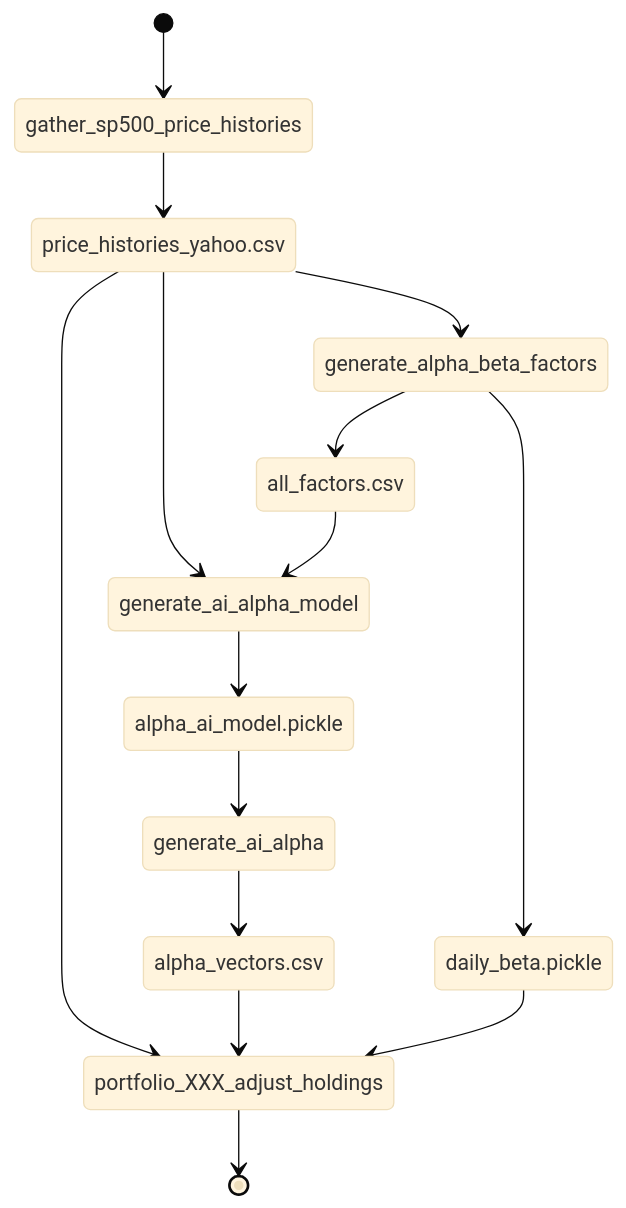
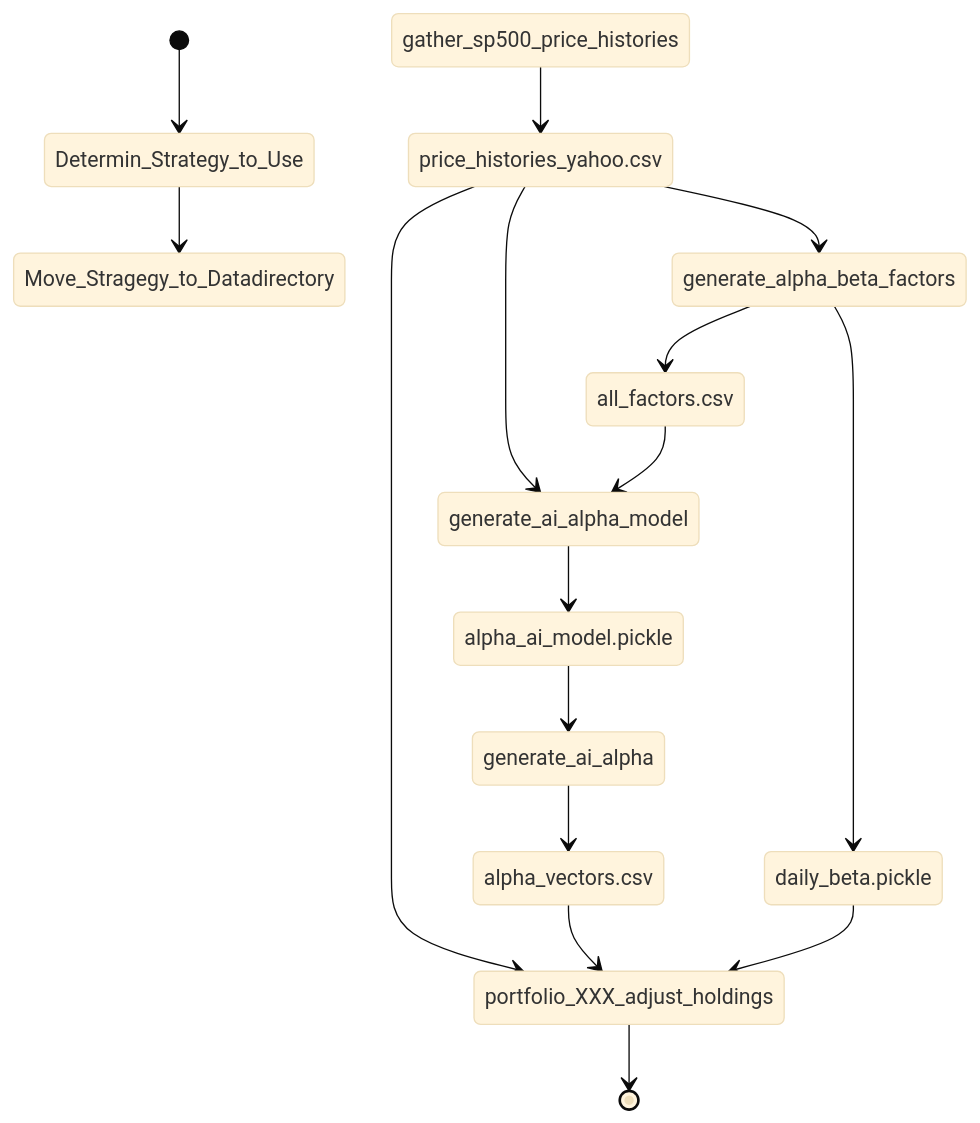
One commit to nmaiorana/svi-trading-tools changed the first of 4 diagrams in README.md. Above: the diagram before and after it, drawn with Mermaid (base theme). The commit also changed other lines of this file and 16 other files, not shown here.

````diff
--- a/README.md
+++ b/README.md
@@ -32,18 +32,19 @@
 ```mermaid
 stateDiagram-v2
-[*] --> gather_sp500_price_histories
+[*] --> Determin_Strategy_to_Use
+Determin_Strategy_to_Use --> Move_Stragegy_to_Datadirectory
 gather_sp500_price_histories --> price_histories_yahoo.csv
 price_histories_yahoo.csv --> generate_alpha_beta_factors
 generate_alpha_beta_factors --> all_factors.csv
 generate_alpha_beta_factors --> daily_beta.pickle
 price_histories_yahoo.csv --> generate_ai_alpha_model
 all_factors.csv --> generate_ai_alpha_model
 generate_ai_alpha_model --> alpha_ai_model.pickle
 alpha_ai_model.pickle --> generate_ai_alpha
 generate_ai_alpha --> alpha_vectors.csv
 price_histories_yahoo.csv --> portfolio_XXX_adjust_holdings
 alpha_vectors.csv --> portfolio_XXX_adjust_holdings
 daily_beta.pickle --> portfolio_XXX_adjust_holdings
 
 portfolio_XXX_adjust_holdings --> [*]
 ```
````
